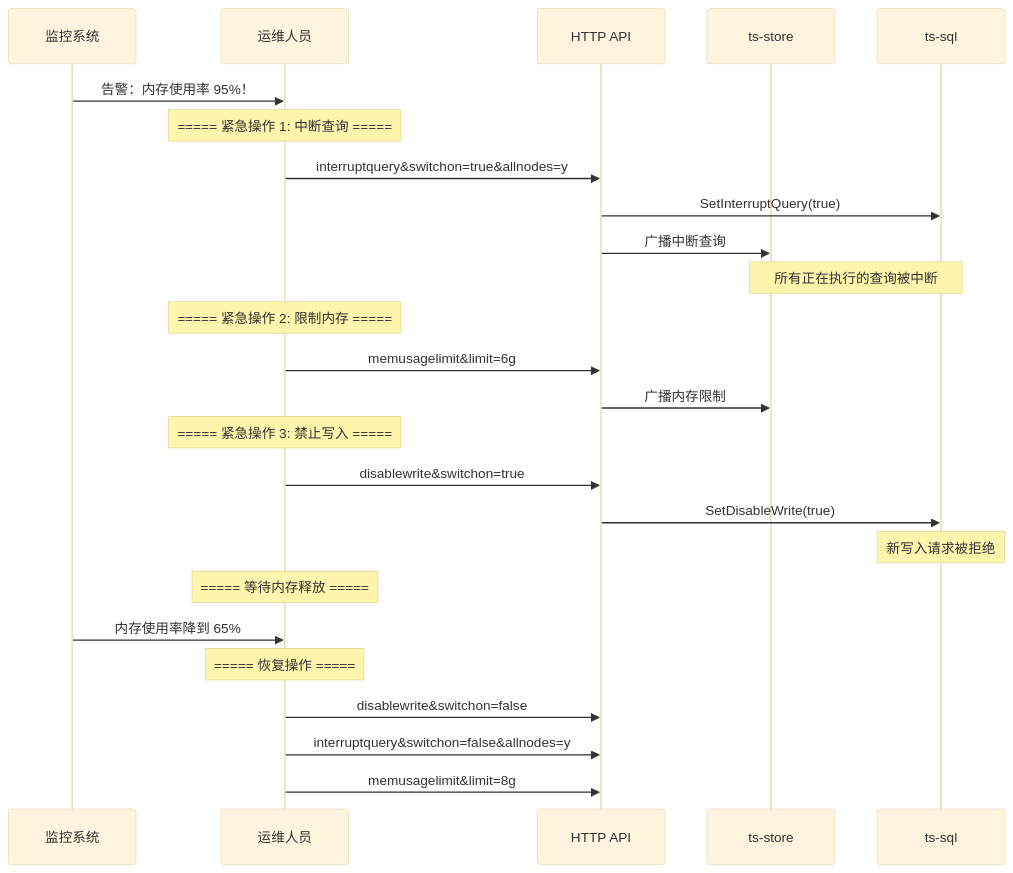
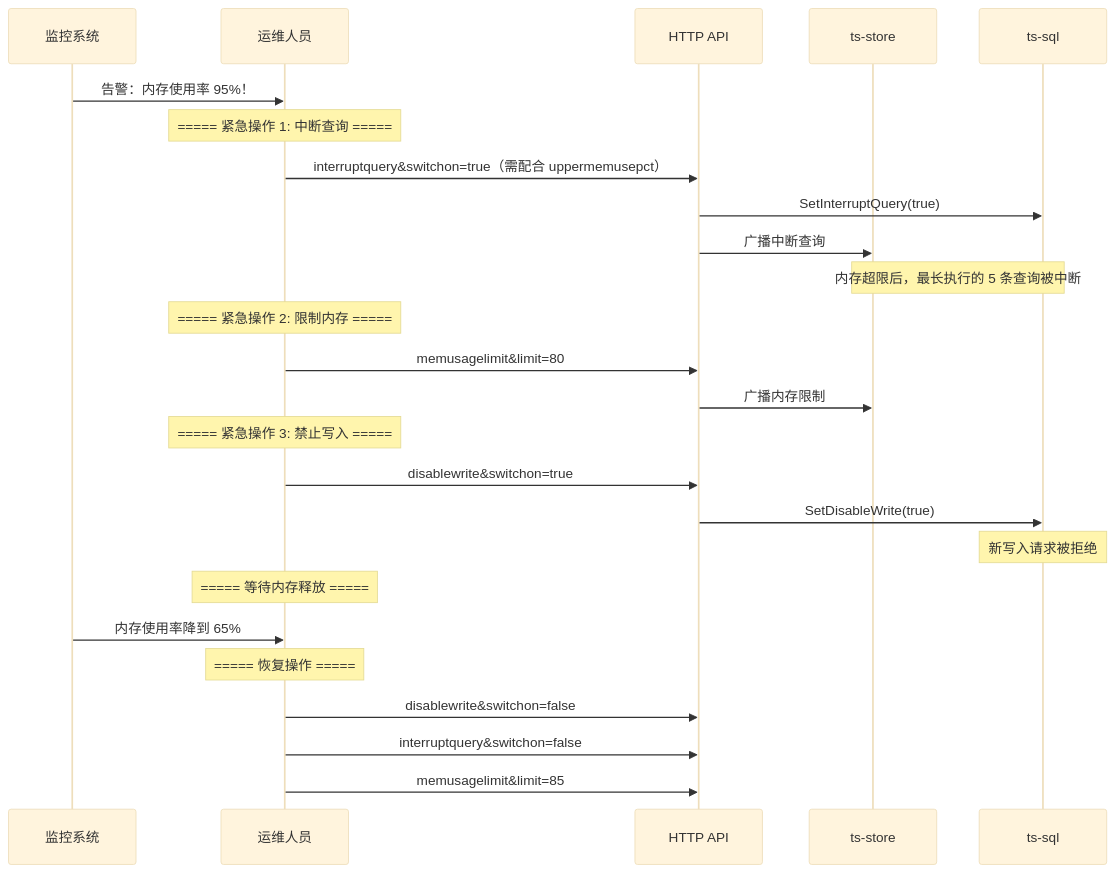
One commit to stefanv5/openGemini changed the sixth of 6 diagrams in docs/specs/36_system_control_spec.md. Above: the diagram before and after it, drawn with Mermaid (base theme). The commit also changed other lines of this file and 37 other files, not shown here.

````diff
--- a/docs/specs/36_system_control_spec.md
+++ b/docs/specs/36_system_control_spec.md
@@ -974,33 +1041,33 @@
 ```mermaid
 sequenceDiagram
     participant Monitor as 监控系统
     participant Admin as 运维人员
     participant API as HTTP API
     participant Store as ts-store
     participant SQL as ts-sql
 
     Monitor->>Admin: 告警：内存使用率 95%！
 
     Note over Admin: ===== 紧急操作 1: 中断查询 =====
-    Admin->>API: interruptquery&switchon=true&allnodes=y
+    Admin->>API: interruptquery&switchon=true（需配合 uppermemusepct）
     API->>SQL: SetInterruptQuery(true)
     API->>Store: 广播中断查询
-    Note over SQL,Store: 所有正在执行的查询被中断
+    Note over SQL,Store: 内存超限后，最长执行的 5 条查询被中断
 
     Note over Admin: ===== 紧急操作 2: 限制内存 =====
-    Admin->>API: memusagelimit&limit=6g
+    Admin->>API: memusagelimit&limit=80
     API->>Store: 广播内存限制
 
     Note over Admin: ===== 紧急操作 3: 禁止写入 =====
     Admin->>API: disablewrite&switchon=true
     API->>SQL: SetDisableWrite(true)
     Note over SQL: 新写入请求被拒绝
 
     Note over Admin: ===== 等待内存释放 =====
     Monitor->>Admin: 内存使用率降到 65%
 
     Note over Admin: ===== 恢复操作 =====
     Admin->>API: disablewrite&switchon=false
-    Admin->>API: interruptquery&switchon=false&allnodes=y
-    Admin->>API: memusagelimit&limit=8g
+    Admin->>API: interruptquery&switchon=false
+    Admin->>API: memusagelimit&limit=85
 ```
````
